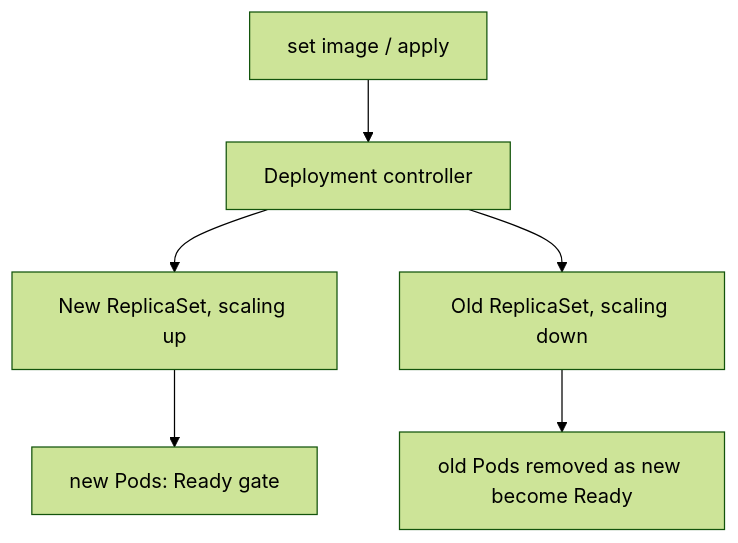
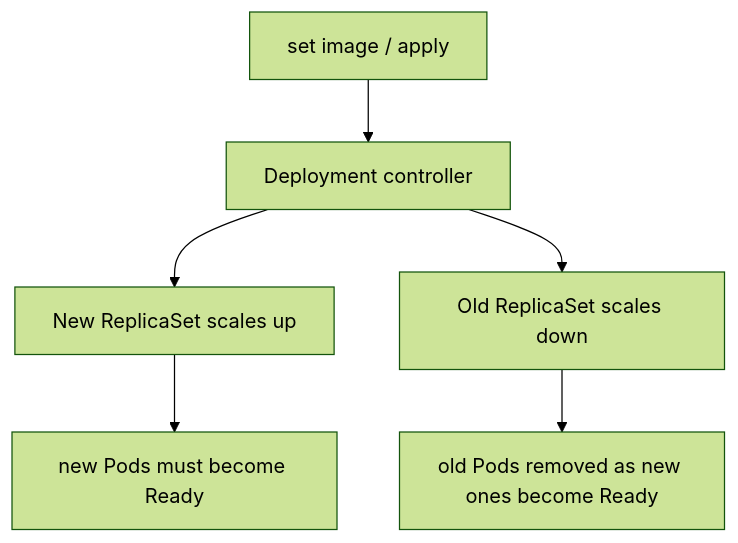
The diagram in docs/learn/workloads/rollouts-and-rollback.md (darshan-raul/apollo11-docs), drawn with Mermaid (forest theme) before and after one commit. The commit also changed other lines of this file and 55 other files, not shown here.

````diff
--- a/docs/learn/workloads/rollouts-and-rollback.md
+++ b/docs/learn/workloads/rollouts-and-rollback.md
@@ -17,8 +24,8 @@
 ```mermaid
 flowchart TD
   Change[set image / apply] --> DC[Deployment controller]
-  DC --> New[New ReplicaSet, scaling up]
-  DC --> Old[Old ReplicaSet, scaling down]
-  New --> NP[new Pods: Ready gate]
-  Old --> OP[old Pods removed as new become Ready]
+  DC --> New[New ReplicaSet scales up]
+  DC --> Old[Old ReplicaSet scales down]
+  New --> NP[new Pods must become Ready]
+  Old --> OP[old Pods removed as new ones become Ready]
 ```
````
